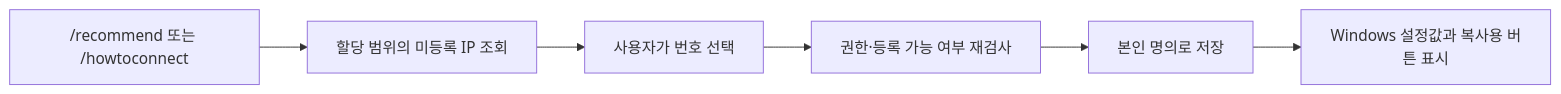
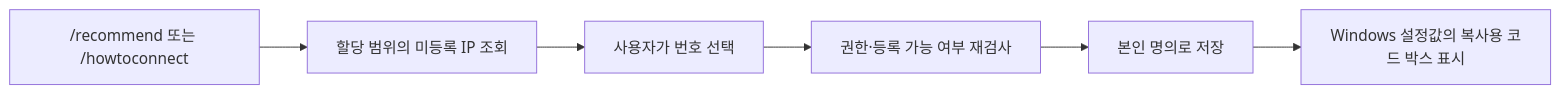
Before and after one commit to pcugame-lab/pcugame-ipchan: the first of 2 diagrams in README.md, drawn with Mermaid. The commit also changed other lines of this file and 6 other files, not shown here.

````diff
--- a/README.md
+++ b/README.md
@@ -98,8 +100,8 @@
 ```mermaid
 flowchart LR
     A["/recommend 또는 /howtoconnect"] --> B["할당 범위의 미등록 IP 조회"]
     B --> C["사용자가 번호 선택"]
     C --> D["권한·등록 가능 여부 재검사"]
     D --> E["본인 명의로 저장"]
-    E --> F["Windows 설정값과 복사용 버튼 표시"]
+    E --> F["Windows 설정값의 복사용 코드 박스 표시"]
 ```
````
